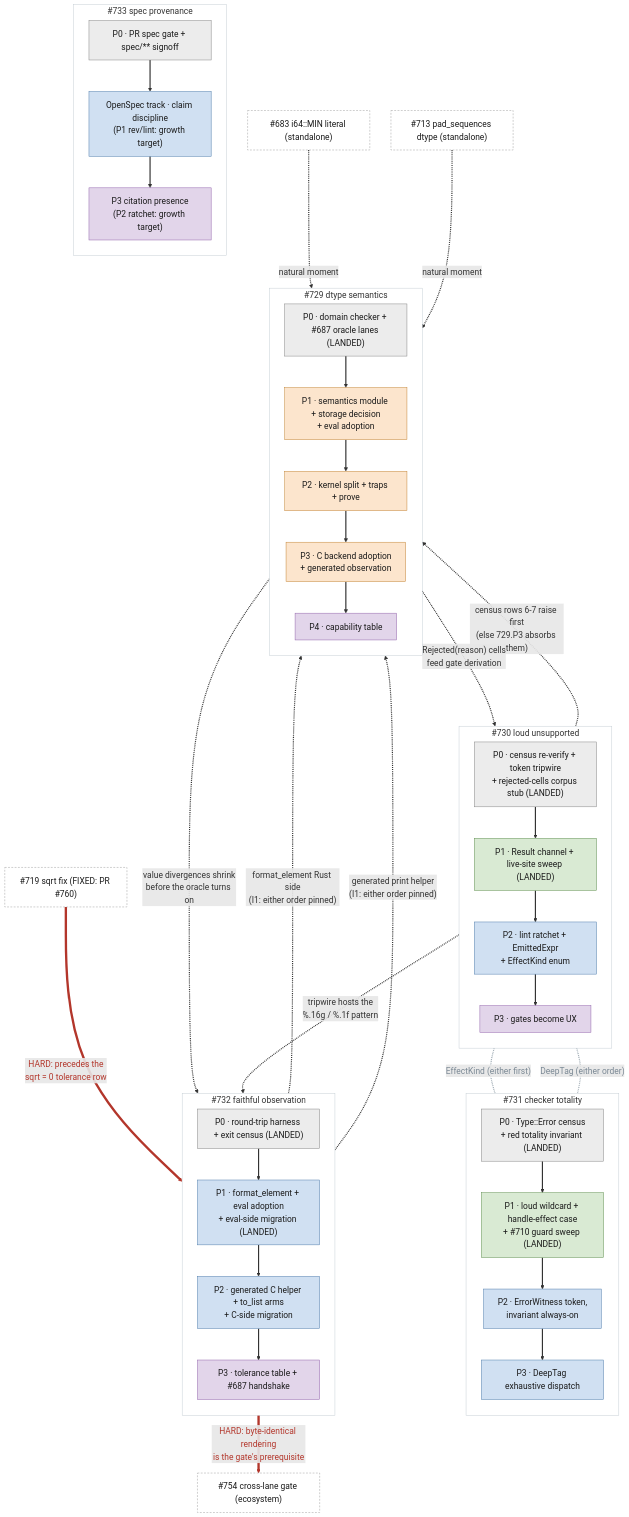
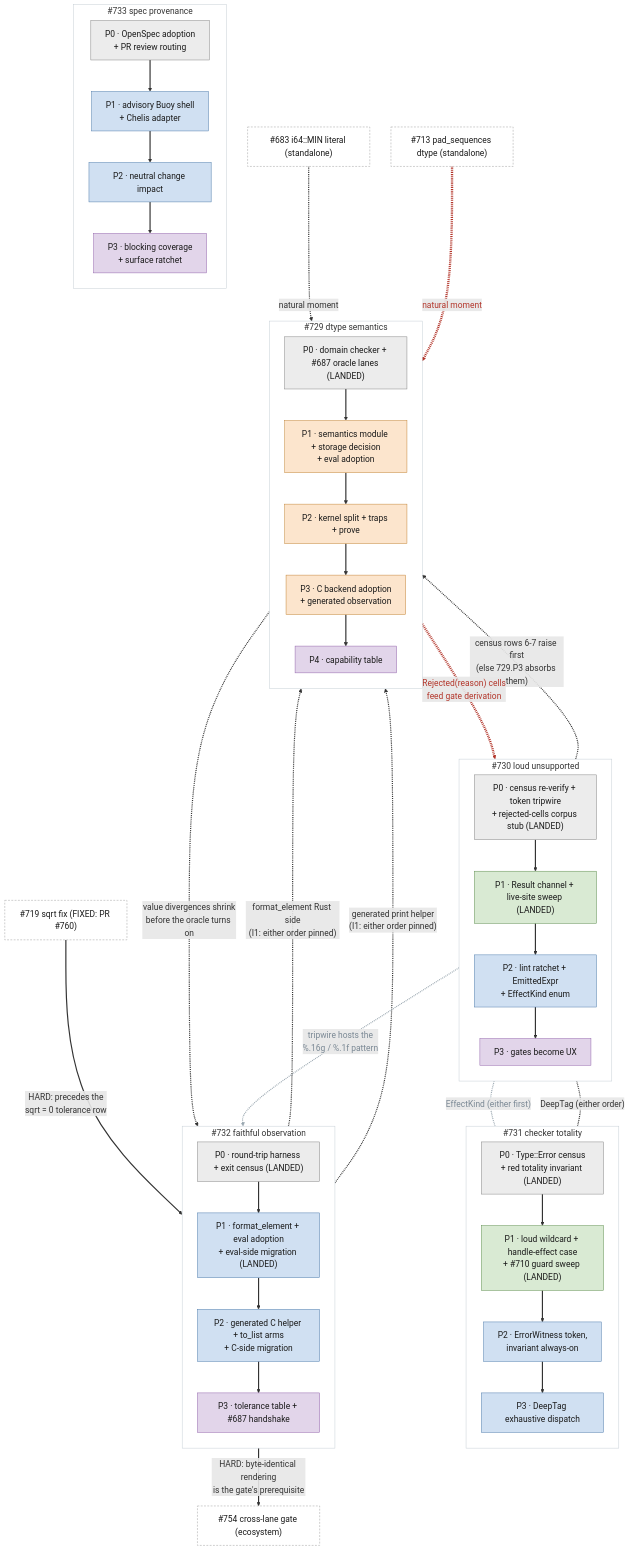
One commit to Chelis-Lang/chelis changed the diagram in spec/design/remediation_roadmap.md. Above: the diagram before and after it, drawn with Mermaid. The commit also changed other lines of this file and 9 other files, not shown here.

First line of the commit message:
docs(spec): base provenance design on Buoy (#802)

```diff
--- a/spec/design/remediation_roadmap.md
+++ b/spec/design/remediation_roadmap.md
@@ -129,10 +137,11 @@
 
   subgraph S733["#733 spec provenance"]
     direction TB
-    n733p0["P0 · PR spec gate + spec/** signoff"]:::w0
-    n733p1["OpenSpec track · claim discipline<br/>(P1 rev/lint: growth target)"]:::w2
-    n733p23["P3 citation presence<br/>(P2 ratchet: growth target)"]:::w4
-    n733p0 --> n733p1 --> n733p23
+    n733p0["P0 · OpenSpec adoption<br/>+ PR review routing"]:::w0
+    n733p1["P1 · advisory Buoy shell<br/>+ Chelis adapter"]:::w2
+    n733p2["P2 · neutral change impact"]:::w2
+    n733p3["P3 · blocking coverage<br/>+ surface ratchet"]:::w4
+    n733p0 --> n733p1 --> n733p2 --> n733p3
   end
 
   subgraph S730["#730 loud unsupported"]
```
